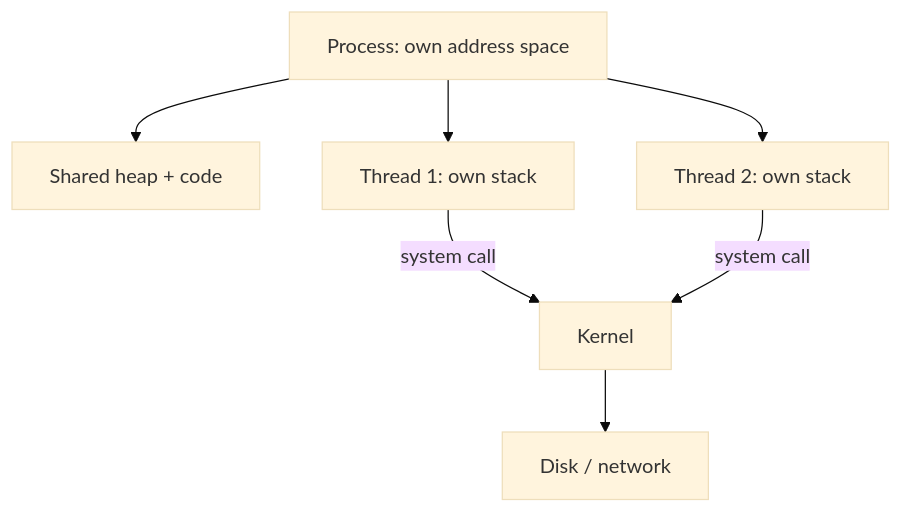
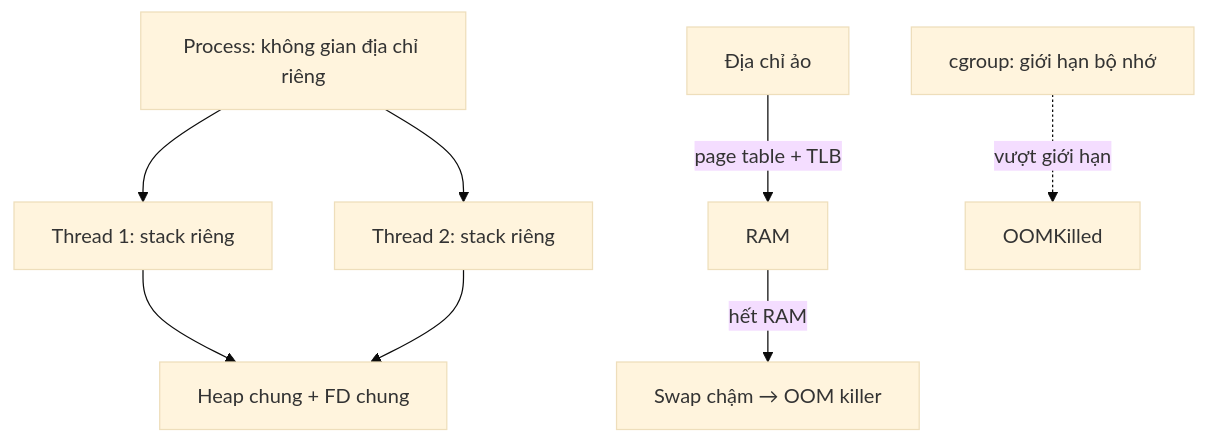
The diagram in src/assets/knowledge/playbooks/fundamentals/os-processes-threads.md (passion-Infinity/personal-tech-playbook), drawn with Mermaid (base theme) before and after one commit. The commit also changed other lines of this file and 6 other files, not shown here.

````diff
--- a/src/assets/knowledge/playbooks/fundamentals/os-processes-threads.md
+++ b/src/assets/knowledge/playbooks/fundamentals/os-processes-threads.md
@@ -17,9 +36,9 @@
 ```mermaid
 flowchart TD
-    P[Process: own address space] --> H[Shared heap + code]
-    P --> T1[Thread 1: own stack]
-    P --> T2[Thread 2: own stack]
-    T1 -->|system call| K[Kernel]
-    T2 -->|system call| K
-    K --> IO[Disk / network]
+    P["Process: không gian địa chỉ riêng"] --> T1["Thread 1: stack riêng"]
+    P --> T2["Thread 2: stack riêng"]
+    T1 & T2 --> H["Heap chung + FD chung"]
+    VA["Địa chỉ ảo"] -->|"page table + TLB"| RAM["RAM"]
+    RAM -->|"hết RAM"| SW["Swap chậm → OOM killer"]
+    CG["cgroup: giới hạn bộ nhớ"] -.->|"vượt giới hạn"| OOM["OOMKilled"]
 ```
````
